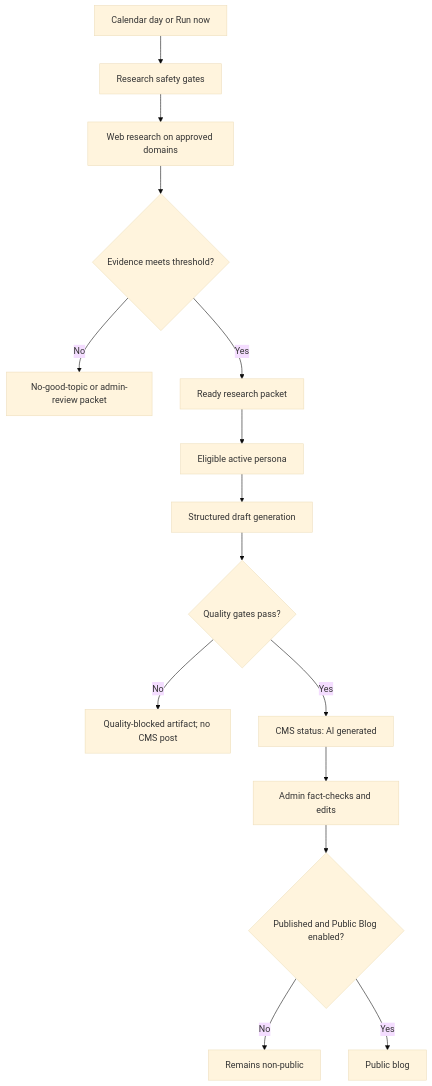
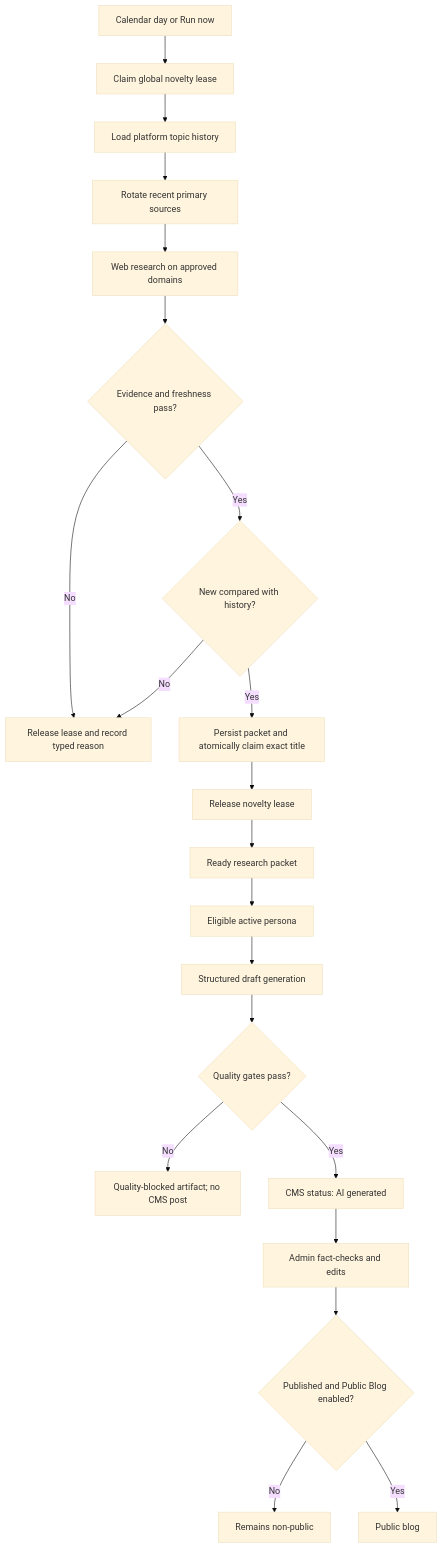
The third of 5 diagrams in docs/ADMIN_OPERATIONS_GUIDE.md (rajeevScorpion/findmylaptop), drawn with Mermaid (base theme) before and after one commit. The commit also changed other lines of this file and 20 other files, not shown here.

Commit message:
feat: make research topic novelty deterministic

````diff
--- a/docs/ADMIN_OPERATIONS_GUIDE.md
+++ b/docs/ADMIN_OPERATIONS_GUIDE.md
@@ -104,17 +104,23 @@
 ```mermaid
 flowchart TD
-  A[Calendar day or Run now] --> B[Research safety gates]
-  B --> C[Web research on approved domains]
-  C --> D{Evidence meets threshold?}
-  D -->|No| E[No-good-topic or admin-review packet]
-  D -->|Yes| F[Ready research packet]
-  F --> G[Eligible active persona]
-  G --> H[Structured draft generation]
-  H --> I{Quality gates pass?}
-  I -->|No| J[Quality-blocked artifact; no CMS post]
-  I -->|Yes| K[CMS status: AI generated]
-  K --> L[Admin fact-checks and edits]
-  L --> M{Published and Public Blog enabled?}
-  M -->|No| N[Remains non-public]
-  M -->|Yes| O[Public blog]
+  A[Calendar day or Run now] --> B[Claim global novelty lease]
+  B --> C[Load platform topic history]
+  C --> D[Rotate recent primary sources]
+  D --> E[Web research on approved domains]
+  E --> F{Evidence and freshness pass?}
+  F -->|No| G[Release lease and record typed reason]
+  F -->|Yes| H{New compared with history?}
+  H -->|No| G
+  H -->|Yes| I[Persist packet and atomically claim exact title]
+  I --> J[Release novelty lease]
+  J --> K[Ready research packet]
+  K --> L[Eligible active persona]
+  L --> M[Structured draft generation]
+  M --> N{Quality gates pass?}
+  N -->|No| O[Quality-blocked artifact; no CMS post]
+  N -->|Yes| P[CMS status: AI generated]
+  P --> Q[Admin fact-checks and edits]
+  Q --> R{Published and Public Blog enabled?}
+  R -->|No| S[Remains non-public]
+  R -->|Yes| T[Public blog]
 ```
````
